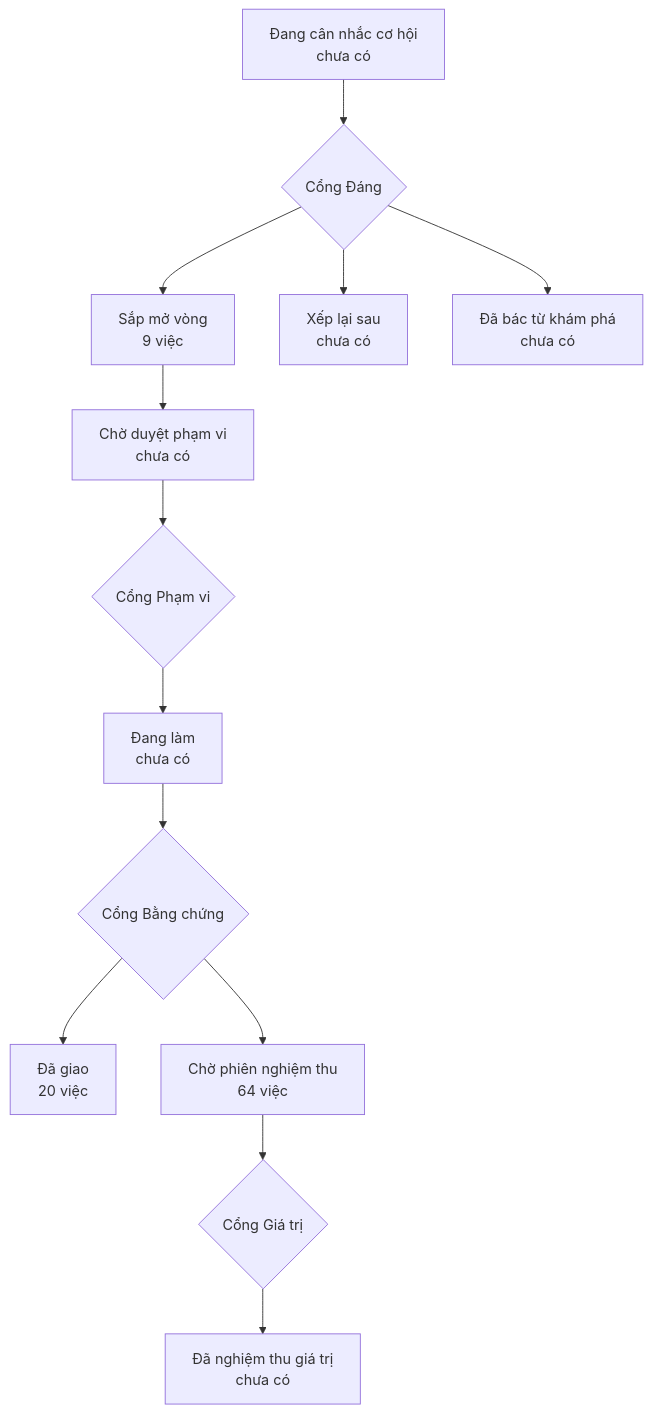
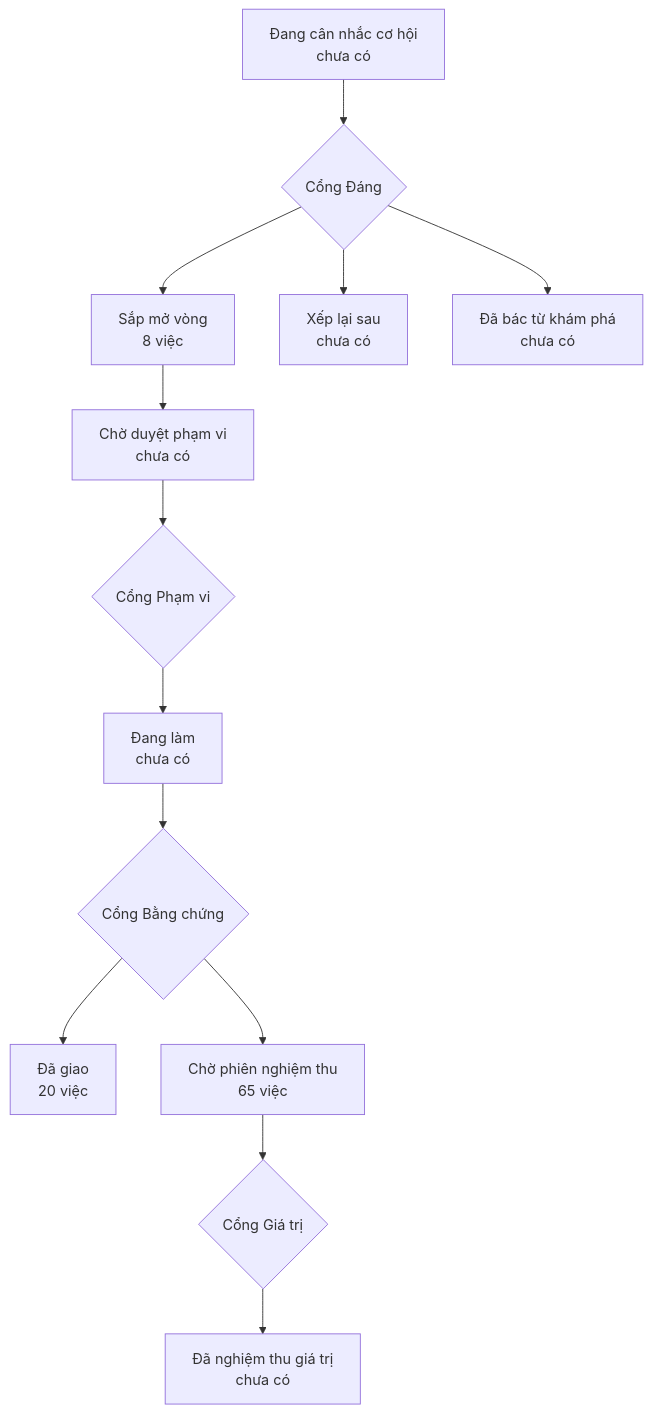
One commit to phanlemanh/onehub-quy-hang changed the diagram in PRODUCT-MAP.md. Above: the diagram before and after it, drawn with Mermaid. The commit also changed other lines of this file and 1 other file, not shown here.

Commit message:
chore: vẽ lại bản đồ sản phẩm và lộ trình sau gộp main

````diff
--- a/PRODUCT-MAP.md
+++ b/PRODUCT-MAP.md
@@ -7,12 +7,12 @@
 ```mermaid
 flowchart TD
   A["Đang cân nhắc cơ hội<br/>chưa có"] --> GD{"Cổng Đáng"}
-  GD --> B["Sắp mở vòng<br/>9 việc"]
+  GD --> B["Sắp mở vòng<br/>8 việc"]
   GD --> XL["Xếp lại sau<br/>chưa có"]
   GD --> DB["Đã bác từ khám phá<br/>chưa có"]
   B --> CD["Chờ duyệt phạm vi<br/>chưa có"] --> GP{"Cổng Phạm vi"}
   GP --> DL["Đang làm<br/>chưa có"] --> GB{"Cổng Bằng chứng"}
   GB --> DG["Đã giao<br/>20 việc"]
-  GB --> CN["Chờ phiên nghiệm thu<br/>64 việc"] --> GG{"Cổng Giá trị"}
+  GB --> CN["Chờ phiên nghiệm thu<br/>65 việc"] --> GG{"Cổng Giá trị"}
   GG --> NT["Đã nghiệm thu giá trị<br/>chưa có"]
 ```
````
